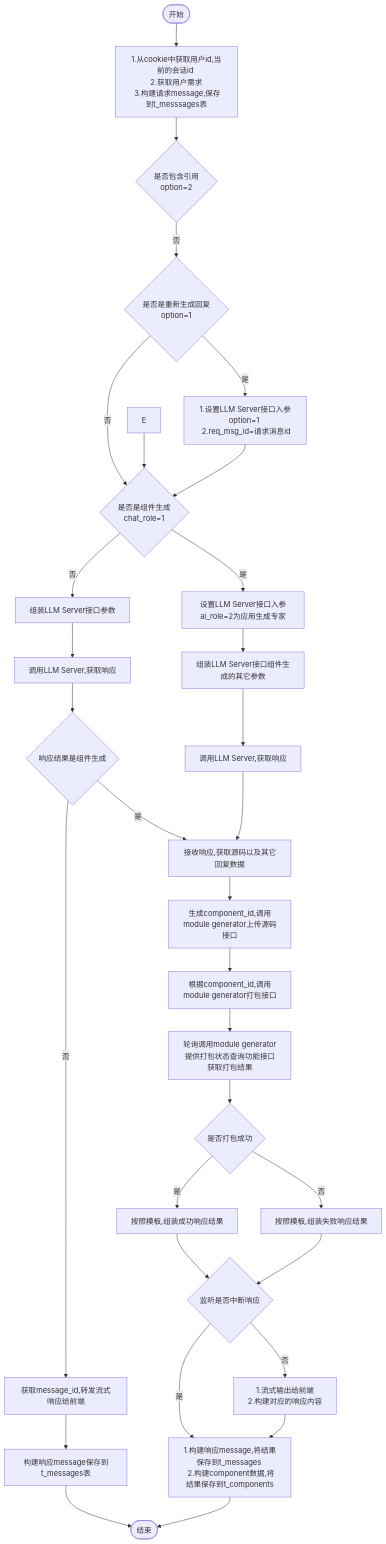
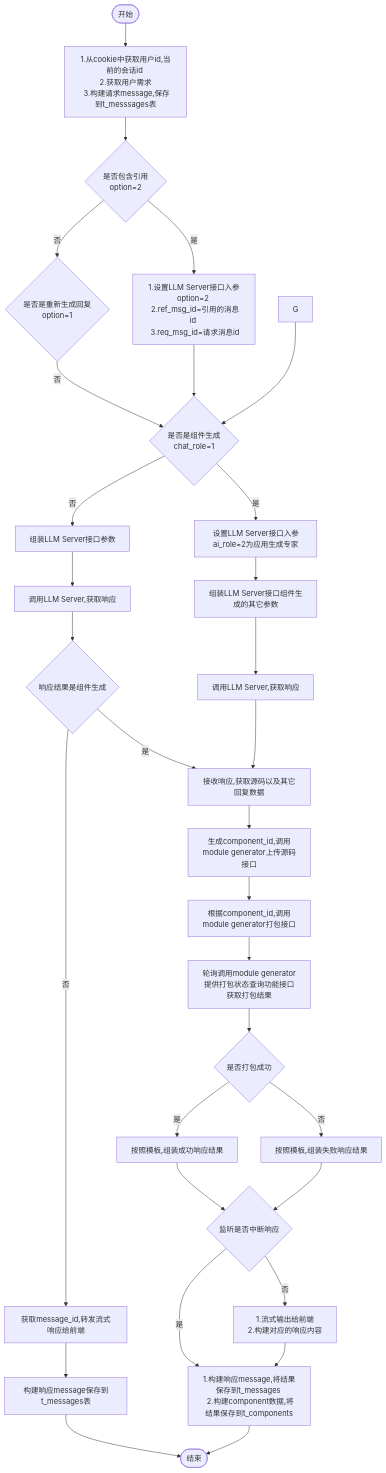
One commit to yingjianzh/iodraw-files changed the diagram in all/未命名-8.md. Above: the diagram before and after it, drawn with Mermaid.

Commit message:
2024-10-16 09:21:59 update

````diff
--- a/all/未命名-8.md
+++ b/all/未命名-8.md
@@ -1,38 +1,38 @@
 ```mermaid
 flowchart TD
     A([开始]) --> B[1.从cookie中获取用户id,当前的会话id \n 2.获取用户需求 \n 3.构建请求message,保存到t_messsages表]
     B--> D{是否包含引用 \n option=2}
+    D -- 是 --> E[1.设置LLM Server接口入参option=2 \n 2.ref_msg_id=引用的消息id \n 3.req_msg_id=请求消息id]
+    D -- 否 --> F{是否是重新生成回复\n option=1}
     
-    D -- 否 --> F{是否是重新生成回复\n option=1}
-    F -- 是 --> G[1.设置LLM Server接口入参option=1 \n 2.req_msg_id=请求消息id]
     F -- 否 --> I
      
     E & G --> I{是否是组件生成 \n chat_role=1}
     I -- 否 --> M[组装LLM Server接口参数] 
     I -- 是 --> J[设置LLM Server接口入参ai_role=2为应用生成专家]
     
 
     J --> L[组装LLM Server接口组件生成的其它参数]    
     M --> N[调用LLM Server,获取响应]
     N --> H{响应结果是组件生成}   
     H -- 是 --> T 
     H -- 否 --> O[获取message_id,转发流式响应给前端]
     O --> P[构建响应message保存到t_messages表]
     P --> R([结束])
 
 
     L --> S[调用LLM Server,获取响应]
     S --> T[接收响应,获取源码以及其它回复数据]
     T --> U[生成component_id,调用module generator上传源码接口]
     U --> V[根据component_id,调用module generator打包接口]
     V --> W[轮询调用module generator提供打包状态查询功能接口获取打包结果]
     W --> X{是否打包成功}
     X -- 是 --> Y[按照模板,组装成功响应结果]
     X -- 否 --> Z[按照模板,组装失败响应结果]
     Y & Z --> Done{监听是否中断响应}
     Done -- 是 --> Result
     Done -- 否 --> OutPut[1.流式输出给前端 \n 2.构建对应的响应内容]
 
     OutPut --> Result[1.构建响应message,将结果保存到t_messages \n 2.构建component数据,将结果保存到t_components]
     Result --> R
 ```
````
